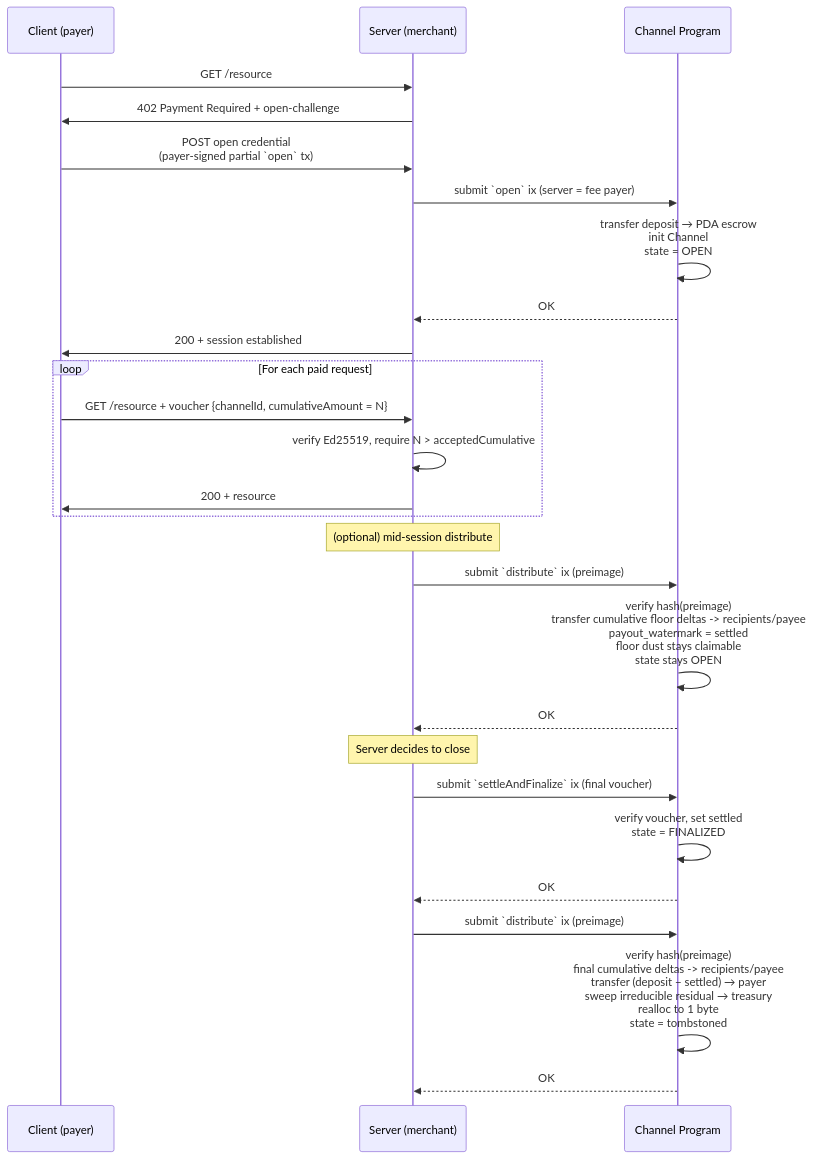
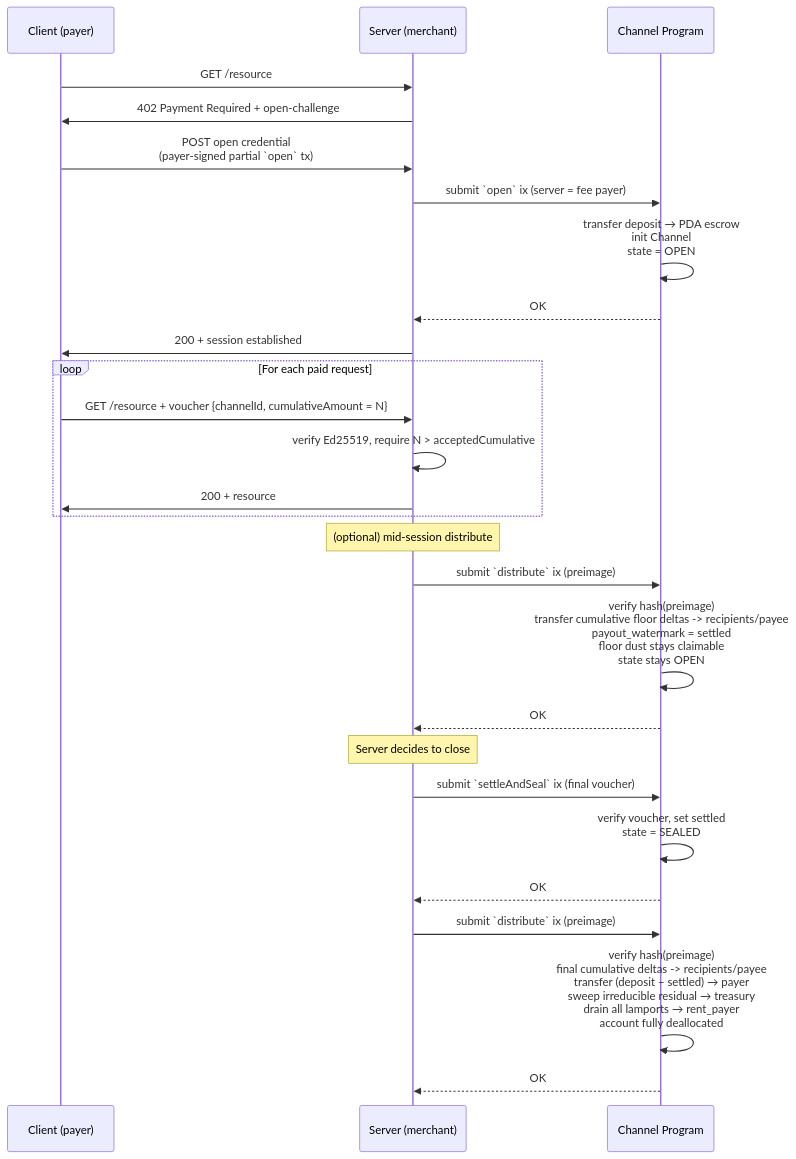
The first of 2 diagrams in docs/002-http-protocol.md (solana-foundation/payment-channels), drawn with Mermaid before and after one commit. The commit also changed other lines of this file and 84 other files, not shown here.

````diff
--- a/docs/002-http-protocol.md
+++ b/docs/002-http-protocol.md
@@ -119,35 +122,35 @@
 ```mermaid
 sequenceDiagram
     participant C as Client (payer)
     participant S as Server (merchant)
     participant P as Channel Program
 
     C->>S: GET /resource
     S->>C: 402 Payment Required + open-challenge
 
     C->>S: POST open credential<br/>(payer-signed partial `open` tx)
     S->>P: submit `open` ix (server = fee payer)
     P->>P: transfer deposit → PDA escrow<br/>init Channel<br/>state = OPEN
     P-->>S: OK
     S->>C: 200 + session established
 
     loop For each paid request
         C->>S: GET /resource + voucher {channelId, cumulativeAmount = N}
         S->>S: verify Ed25519, require N > acceptedCumulative
         S->>C: 200 + resource
     end
 
     Note over S: (optional) mid-session distribute
     S->>P: submit `distribute` ix (preimage)
     P->>P: verify hash(preimage)<br/>transfer cumulative floor deltas -> recipients/payee<br/>payout_watermark = settled<br/>floor dust stays claimable<br/>state stays OPEN
     P-->>S: OK
 
     Note over S: Server decides to close
-    S->>P: submit `settleAndFinalize` ix (final voucher)
-    P->>P: verify voucher, set settled<br/>state = FINALIZED
+    S->>P: submit `settleAndSeal` ix (final voucher)
+    P->>P: verify voucher, set settled<br/>state = SEALED
     P-->>S: OK
 
     S->>P: submit `distribute` ix (preimage)
-    P->>P: verify hash(preimage)<br/>final cumulative deltas -> recipients/payee<br/>transfer (deposit − settled) → payer<br/>sweep irreducible residual → treasury<br/>realloc to 1 byte<br/>state = tombstoned
+    P->>P: verify hash(preimage)<br/>final cumulative deltas -> recipients/payee<br/>transfer (deposit − settled) → payer<br/>sweep irreducible residual → treasury<br/>drain all lamports → rent_payer<br/>account fully deallocated
     P-->>S: OK
 ```
````
